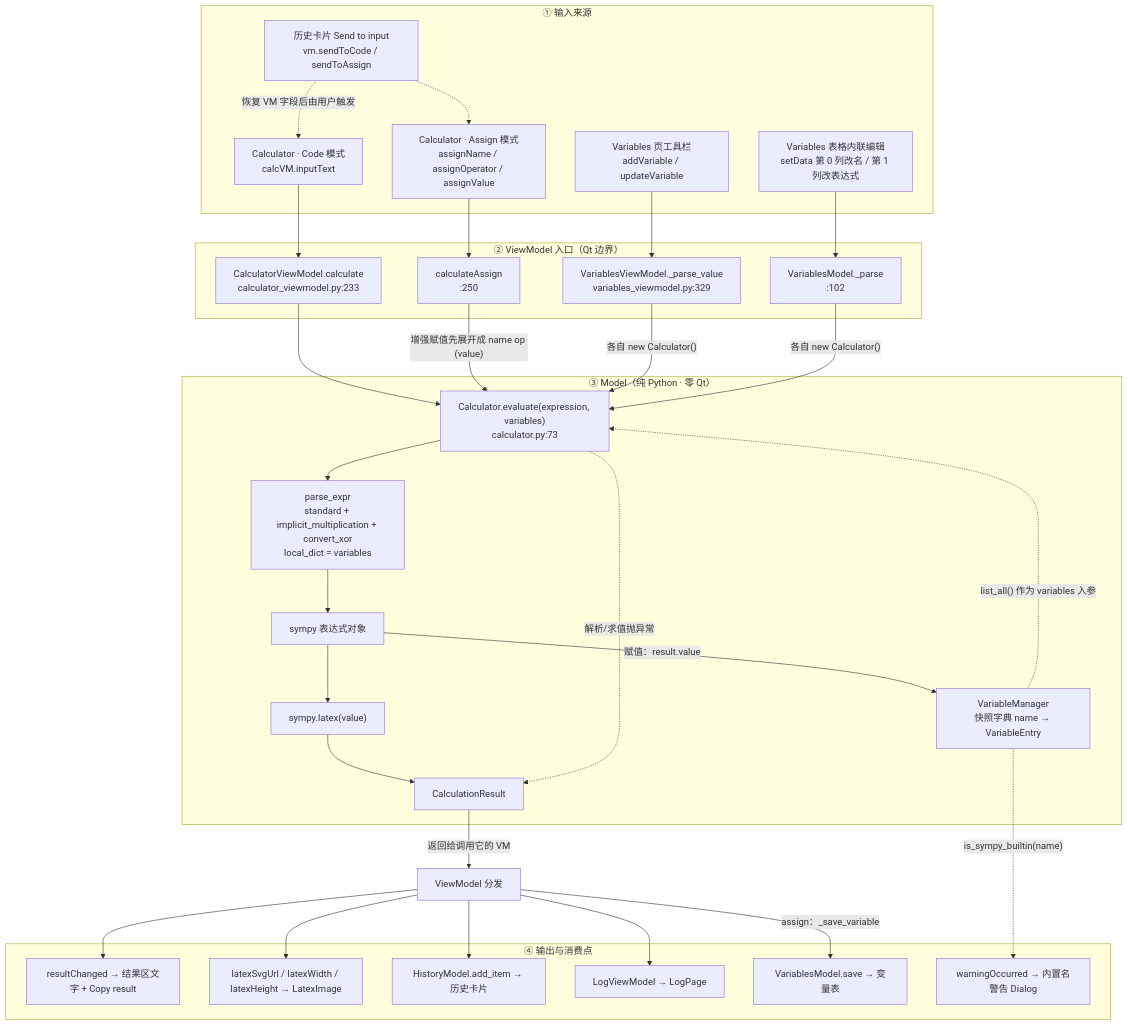
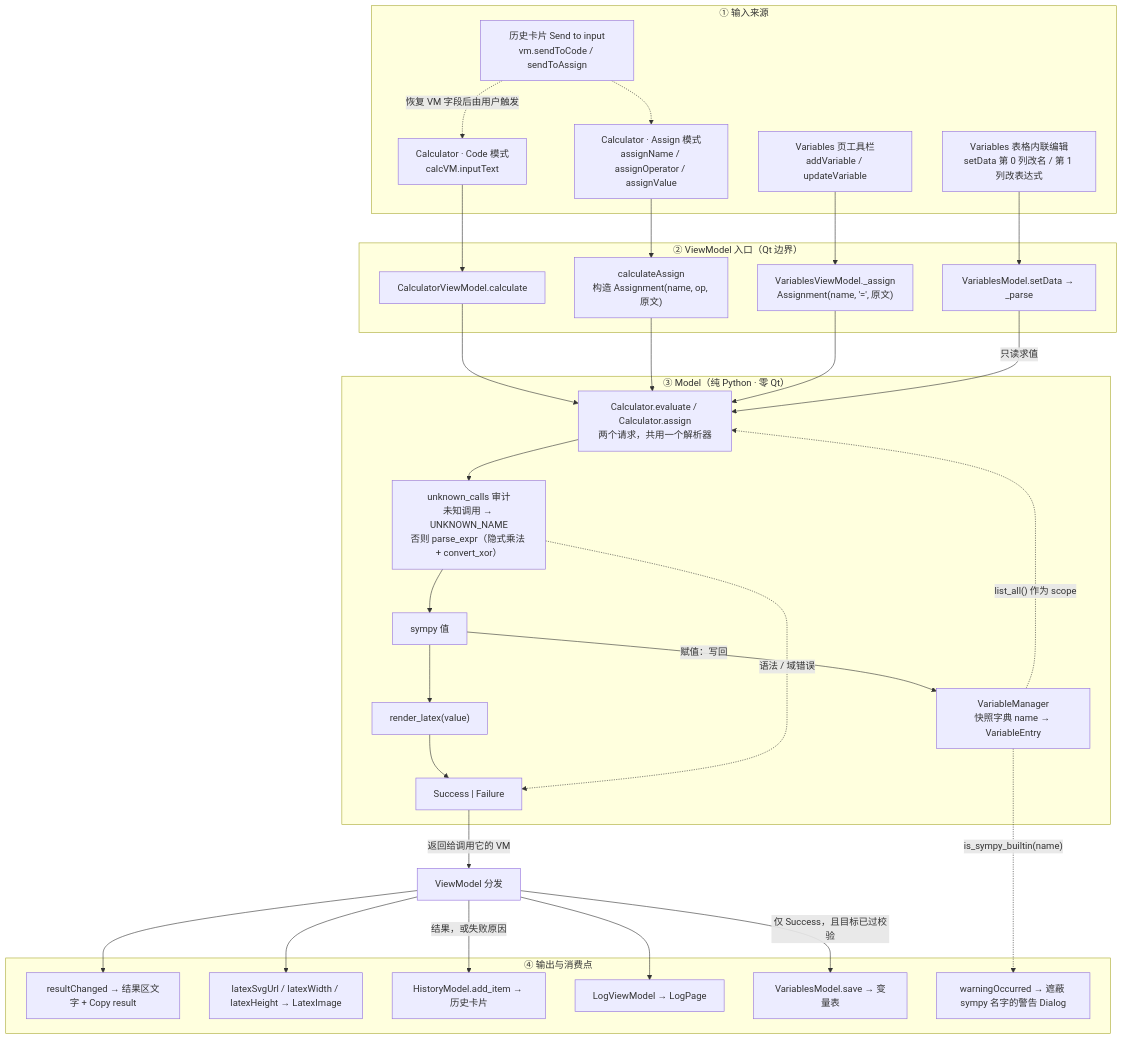
One commit to I-AM-A-NOOB/Symplify changed the first of 2 diagrams in docs/architecture.md. Above: the diagram before and after it, drawn with Mermaid. The commit also changed other lines of this file and 2 other files, not shown here.

````diff
--- a/docs/architecture.md
+++ b/docs/architecture.md
@@ -18,64 +23,63 @@
 ```mermaid
 flowchart TB
     subgraph IN["① 输入来源"]
         A1["Calculator · Code 模式<br/>calcVM.inputText"]
         A2["Calculator · Assign 模式<br/>assignName / assignOperator / assignValue"]
         A3["Variables 页工具栏<br/>addVariable / updateVariable"]
         A4["Variables 表格内联编辑<br/>setData 第 0 列改名 / 第 1 列改表达式"]
         A5["历史卡片 Send to input<br/>vm.sendToCode / sendToAssign"]
     end
 
     subgraph VML["② ViewModel 入口（Qt 边界）"]
-        B1["CalculatorViewModel.calculate<br/>calculator_viewmodel.py:233"]
-        B2["calculateAssign<br/>:250"]
-        B3["VariablesViewModel._parse_value<br/>variables_viewmodel.py:329"]
-        B4["VariablesModel._parse<br/>:102"]
+        B1["CalculatorViewModel.calculate"]
+        B2["calculateAssign<br/>构造 Assignment(name, op, 原文)"]
+        B3["VariablesViewModel._assign<br/>Assignment(name, '=', 原文)"]
+        B4["VariablesModel.setData → _parse"]
     end
 
     subgraph MOD["③ Model（纯 Python · 零 Qt）"]
-        C1["Calculator.evaluate(expression, variables)<br/>calculator.py:73"]
-        C2["parse_expr<br/>standard + implicit_multiplication + convert_xor<br/>local_dict = variables"]
-        C3["sympy 表达式对象"]
-        C4["sympy.latex(value)"]
-        C5["CalculationResult"]
+        C1["Calculator.evaluate / Calculator.assign<br/>两个请求，共用一个解析器"]
+        C2["unknown_calls 审计<br/>未知调用 → UNKNOWN_NAME<br/>否则 parse_expr（隐式乘法 + convert_xor）"]
+        C3["sympy 值"]
+        C4["render_latex(value)"]
+        C5["Success | Failure"]
         C6["VariableManager<br/>快照字典 name → VariableEntry"]
     end
 
     subgraph OUT["④ 输出与消费点"]
         D1["resultChanged → 结果区文字 + Copy result"]
         D2["latexSvgUrl / latexWidth / latexHeight → LatexImage"]
         D3["HistoryModel.add_item → 历史卡片"]
         D4["LogViewModel → LogPage"]
         D5["VariablesModel.save → 变量表"]
-        D6["warningOccurred → 内置名警告 Dialog"]
+        D6["warningOccurred → 遮蔽 sympy 名字的警告 Dialog"]
     end
 
     A5 -.->|"恢复 VM 字段后由用户触发"| A1
     A5 -.-> A2
     A1 --> B1
     A2 --> B2
     A3 --> B3
     A4 --> B4
 
     B1 --> C1
-    B2 -->|"增强赋值先展开成 name op (value)"| C1
-    B3 -->|"各自 new Calculator()"| C1
-    B4 -->|"各自 new Calculator()"| C1
-
+    B2 --> C1
+    B3 --> C1
+    B4 -->|"只读求值"| C1
     C1 --> C2
     C2 --> C3
     C3 --> C4
     C4 --> C5
-    C1 -.->|"解析/求值抛异常"| C5
+    C2 -.->|"语法 / 域错误"| C5
 
-    C3 -->|"赋值：result.value"| C6
-    C6 -.->|"list_all() 作为 variables 入参"| C1
+    C3 -->|"赋值：写回"| C6
+    C6 -.->|"list_all() 作为 scope"| C1
     C6 -.->|"is_sympy_builtin(name)"| D6
 
     C5 -->|"返回给调用它的 VM"| R["ViewModel 分发"]
     R --> D1
     R --> D2
-    R --> D3
+    R -->|"结果，或失败原因"| D3
     R --> D4
-    R -->|"assign：_save_variable"| D5
+    R -->|"仅 Success，且目标已过校验"| D5
 ```
````
